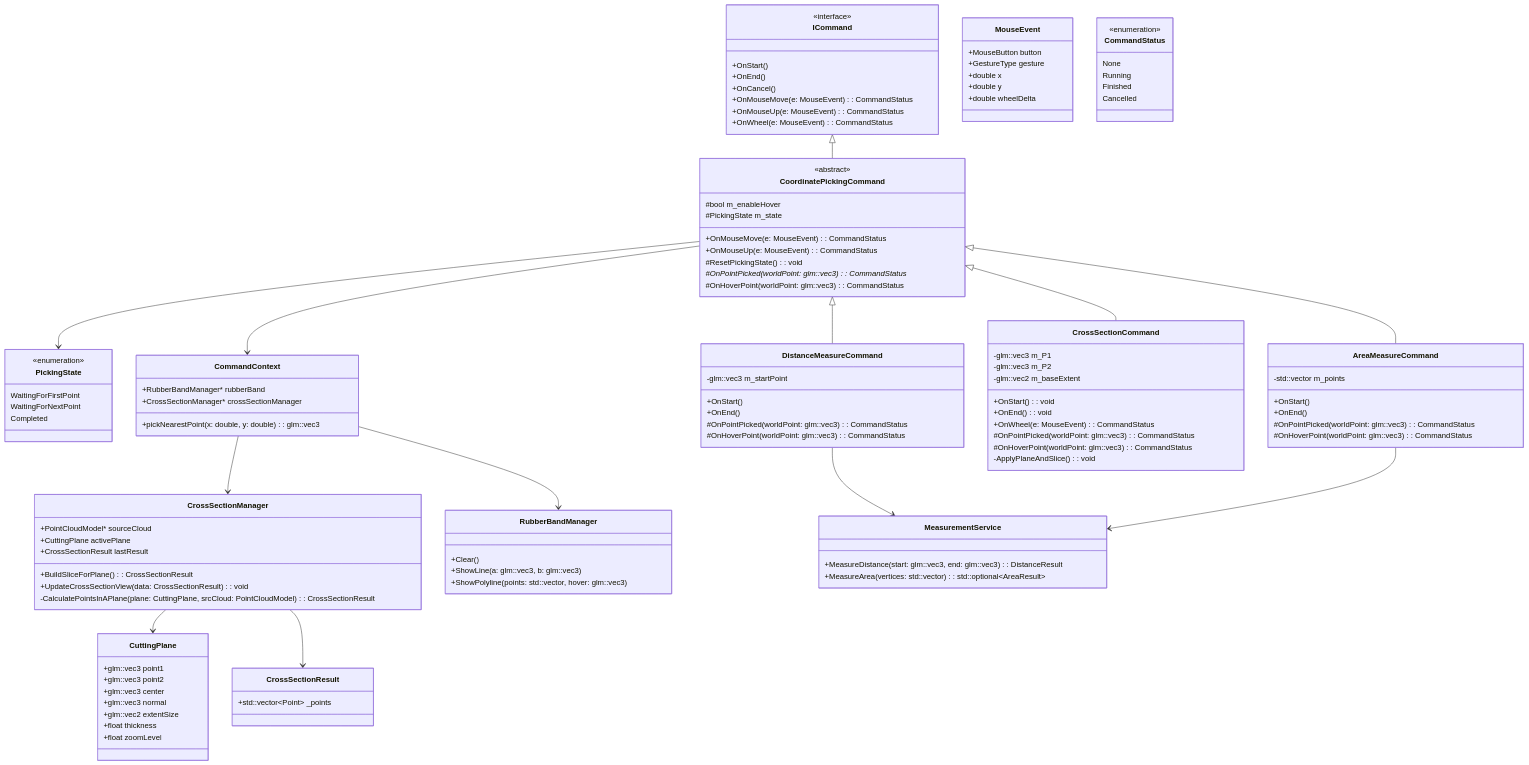
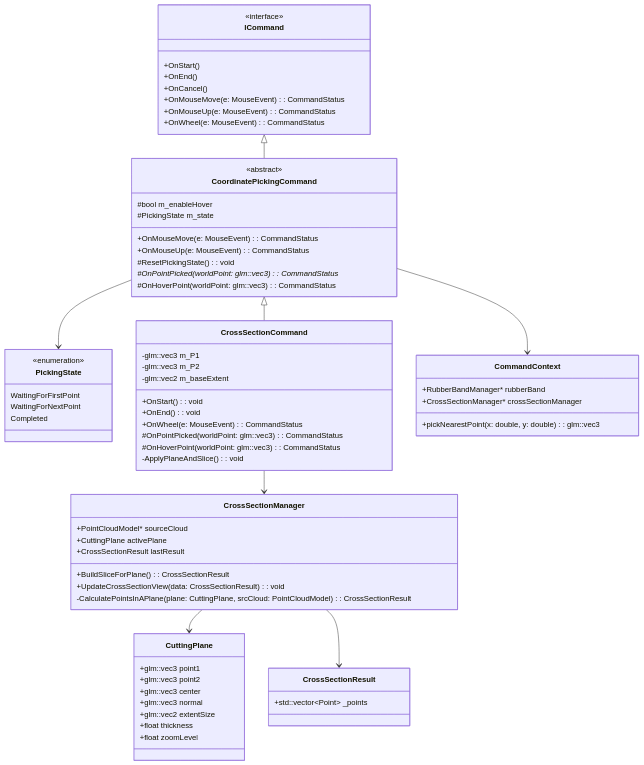
The diagram in CrossSectionCommand2.md (vfa-khaidt1/vfa-cdn), drawn with Mermaid before and after one commit.

````diff
--- a/CrossSectionCommand2.md
+++ b/CrossSectionCommand2.md
@@ -26,22 +26,6 @@
         WaitingForFirstPoint
         WaitingForNextPoint
         Completed
-    }
-
-    class DistanceMeasureCommand {
-        -glm::vec3 m_startPoint
-        +OnStart()
-        +OnEnd()
-        #OnPointPicked(worldPoint: glm::vec3): CommandStatus
-        #OnHoverPoint(worldPoint: glm::vec3): CommandStatus
-    }
-
-    class AreaMeasureCommand {
-        -std::vector<glm::vec3> m_points
-        +OnStart()
-        +OnEnd()
-        #OnPointPicked(worldPoint: glm::vec3): CommandStatus
-        #OnHoverPoint(worldPoint: glm::vec3): CommandStatus
     }
 
     class CuttingPlane {
@@ -85,48 +69,14 @@
         +pickNearestPoint(x: double, y: double): glm::vec3
     }
 
-    class RubberBandManager {
-        +Clear()
-        +ShowLine(a: glm::vec3, b: glm::vec3)
-        +ShowPolyline(points: std::vector<glm::vec3>, hover: glm::vec3)
-    }
-
-    class MeasurementService {
-        +MeasureDistance(start: glm::vec3, end: glm::vec3): DistanceResult
-        +MeasureArea(vertices: std::vector<glm::vec3>): std::optional~AreaResult~
-    }
-
-    class MouseEvent {
-        +MouseButton button
-        +GestureType gesture
-        +double x
-        +double y
-        +double wheelDelta
-    }
-
-    class CommandStatus {
-        <<enumeration>>
-        None
-        Running
-        Finished
-        Cancelled
-    }
-
     ICommand <|-- CoordinatePickingCommand
-    CoordinatePickingCommand <|-- DistanceMeasureCommand
-    CoordinatePickingCommand <|-- AreaMeasureCommand
     CoordinatePickingCommand <|-- CrossSectionCommand
 
     CoordinatePickingCommand --> PickingState
 
     CoordinatePickingCommand --> CommandContext
-    CommandContext --> RubberBandManager
-    CommandContext --> CrossSectionManager
+    CrossSectionCommand --> CrossSectionManager
 
     CrossSectionManager --> CuttingPlane
     CrossSectionManager --> CrossSectionResult
-
-    DistanceMeasureCommand --> MeasurementService
-    AreaMeasureCommand --> MeasurementService
-
 ```
````
